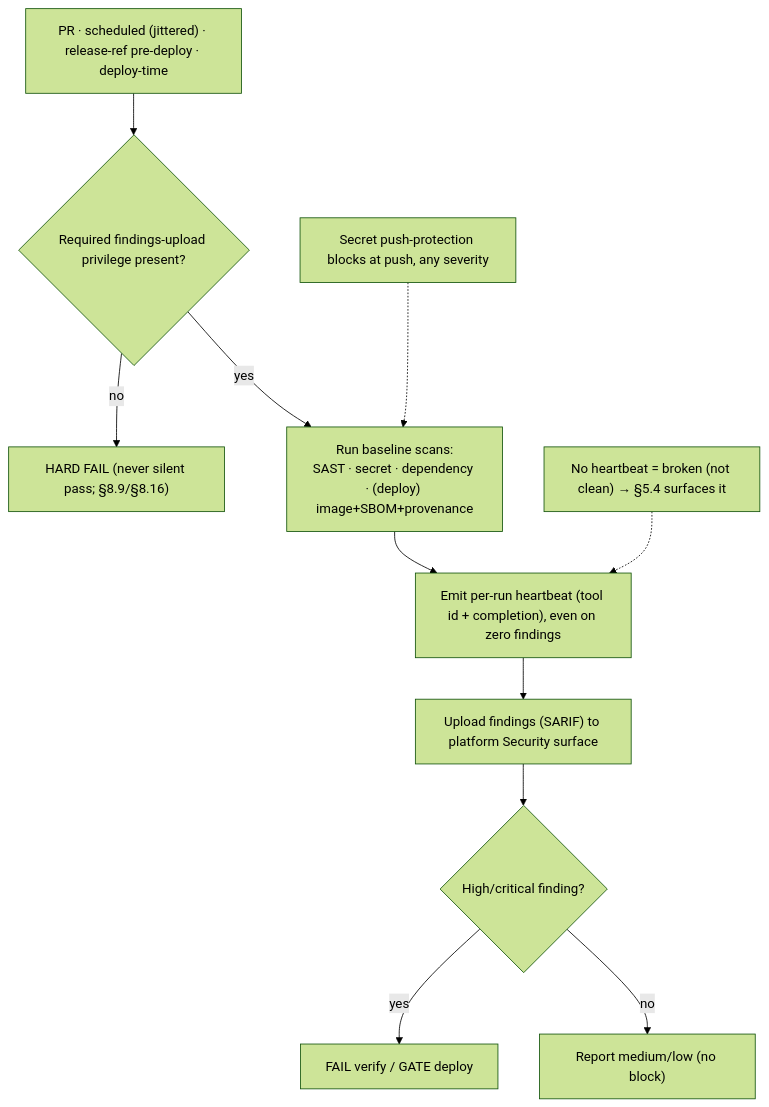
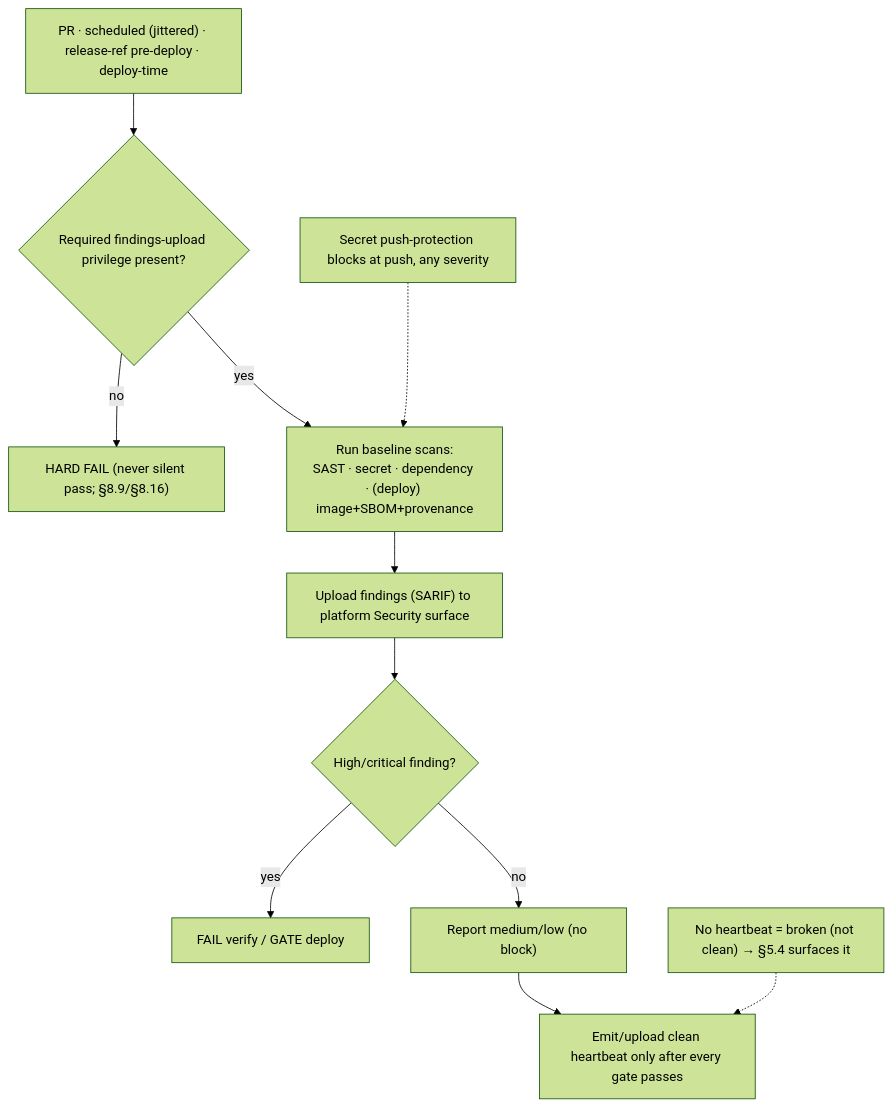
One commit to amattas/aviato changed the diagram in docs/requirements/modules/security/scanning.md. Above: the diagram before and after it, drawn with Mermaid (forest theme). The commit also changed other lines of this file and 10 other files, not shown here.

````diff
--- a/docs/requirements/modules/security/scanning.md
+++ b/docs/requirements/modules/security/scanning.md
@@ -25,13 +29,13 @@
 ```mermaid
 flowchart TD
     A["PR · scheduled (jittered) · release-ref pre-deploy · deploy-time"] --> Priv{"Required findings-upload privilege present?"}
     Priv -- no --> Pf["HARD FAIL (never silent pass; §8.9/§8.16)"]
     Priv -- yes --> B["Run baseline scans:<br/>SAST · secret · dependency · (deploy) image+SBOM+provenance"]
-    B --> HB["Emit per-run heartbeat (tool id + completion), even on zero findings"]
-    HB --> C["Upload findings (SARIF) to platform Security surface"]
+    B --> C["Upload findings (SARIF) to platform Security surface"]
     C --> D{"High/critical finding?"}
     D -- yes --> E["FAIL verify / GATE deploy"]
     D -- no --> F["Report medium/low (no block)"]
+    F --> HB["Emit/upload clean heartbeat only after every gate passes"]
     G["Secret push-protection blocks at push, any severity"] -.-> B
     H["No heartbeat = broken (not clean) → §5.4 surfaces it"] -.-> HB
 ```
````
